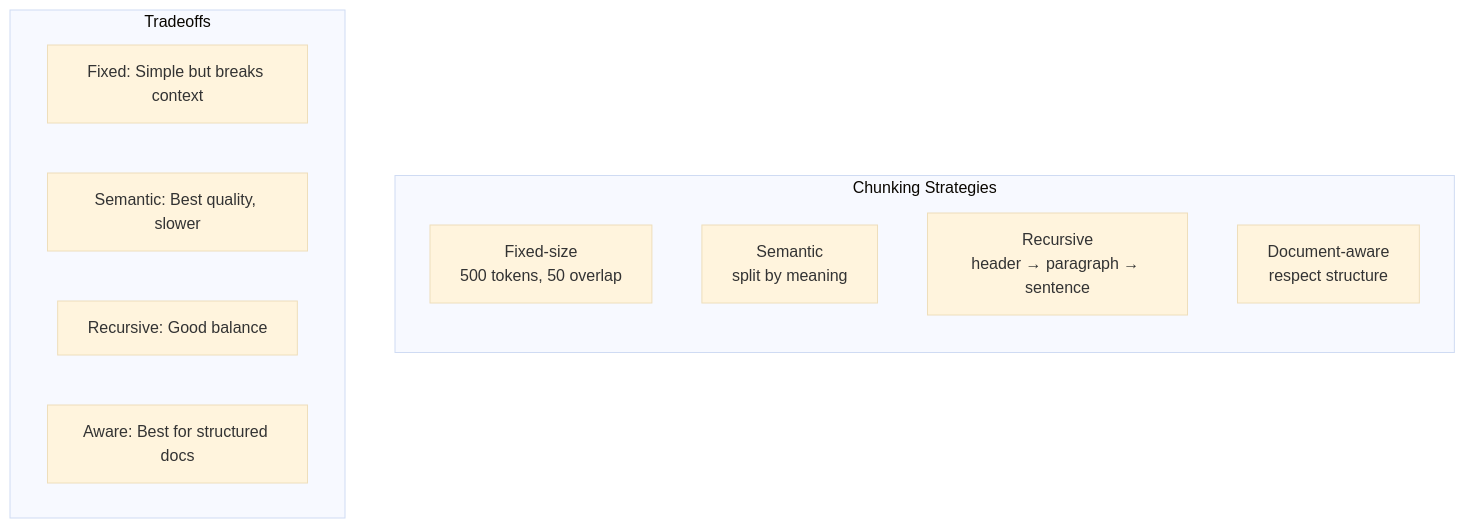
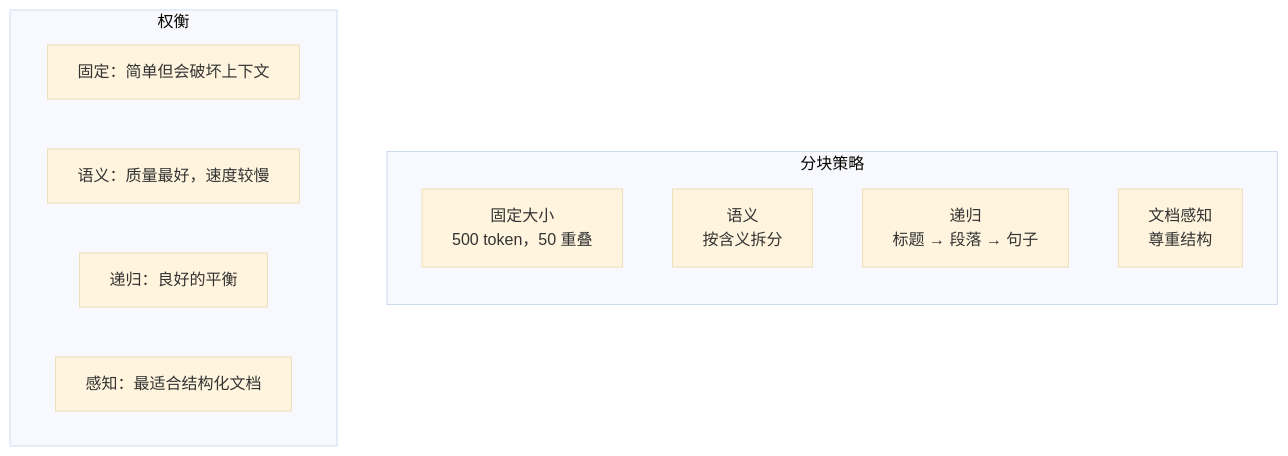
Before and after one commit to stars-labs/ai-driven-customer-service: the second of 4 diagrams in i18n/zh/docusaurus-plugin-content-docs/current/07-rag-architecture.md, drawn with Mermaid (base theme). The commit also changed other lines of this file and 15 other files, not shown here.

````diff
--- a/i18n/zh/docusaurus-plugin-content-docs/current/07-rag-architecture.md
+++ b/i18n/zh/docusaurus-plugin-content-docs/current/07-rag-architecture.md
@@ -64,17 +64,17 @@
 ```mermaid
 flowchart TB
-    subgraph Strategies["Chunking Strategies"]
+    subgraph Strategies["分块策略"]
         direction TB
-        F1[Fixed-size<br/>500 tokens, 50 overlap]
-        F2[Semantic<br/>split by meaning]
-        F3[Recursive<br/>header → paragraph → sentence]
-        F4[Document-aware<br/>respect structure]
+        F1[固定大小<br/>500 token，50 重叠]
+        F2[语义<br/>按含义拆分]
+        F3[递归<br/>标题 → 段落 → 句子]
+        F4[文档感知<br/>尊重结构]
     end
 
-    subgraph Tradeoffs["Tradeoffs"]
-        T1[Fixed: Simple but breaks context]
-        T2[Semantic: Best quality, slower]
-        T3[Recursive: Good balance]
-        T4[Aware: Best for structured docs]
+    subgraph Tradeoffs["权衡"]
+        T1[固定：简单但会破坏上下文]
+        T2[语义：质量最好，速度较慢]
+        T3[递归：良好的平衡]
+        T4[感知：最适合结构化文档]
     end
 ```
````
